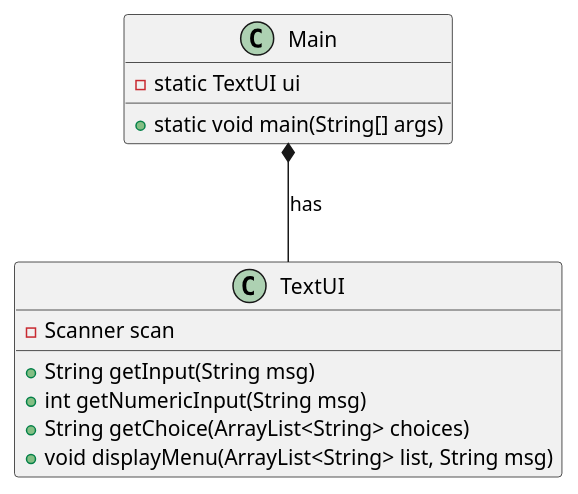
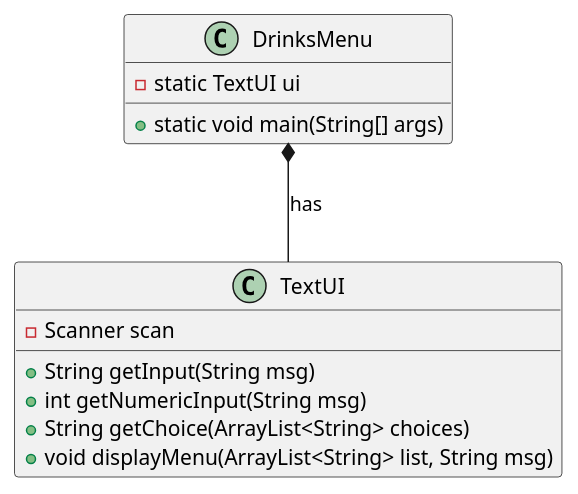
One commit to Eligoon/DrinksMenu changed the diagram in doc/TextUIclassdiagram.puml. Above: the diagram before and after it, drawn with PlantUML.

Commit message:
changed class name

```diff
--- a/doc/TextUIclassdiagram.puml
+++ b/doc/TextUIclassdiagram.puml
@@ -1,20 +1,20 @@
 @startuml
 
 class TextUI {
 - Scanner scan
 ' shows a message and returns the user's input as a String
 + String getInput(String msg)
 ' shows a message and returns the user's input as an integer
 + int getNumericInput(String msg)
 ' shows a message, lists the content of a list and returns the user's choice
 + String getChoice(ArrayList<String> choices)
 ' shows a message and lists the content of a list
 + void displayMenu(ArrayList<String> list, String msg)
 }
 
-class Main {
+class DrinksMenu {
 - static TextUI ui
 + static void main(String[] args)
 }
-Main *-- TextUI: has
+DrinksMenu *-- TextUI: has
 @enduml
```
